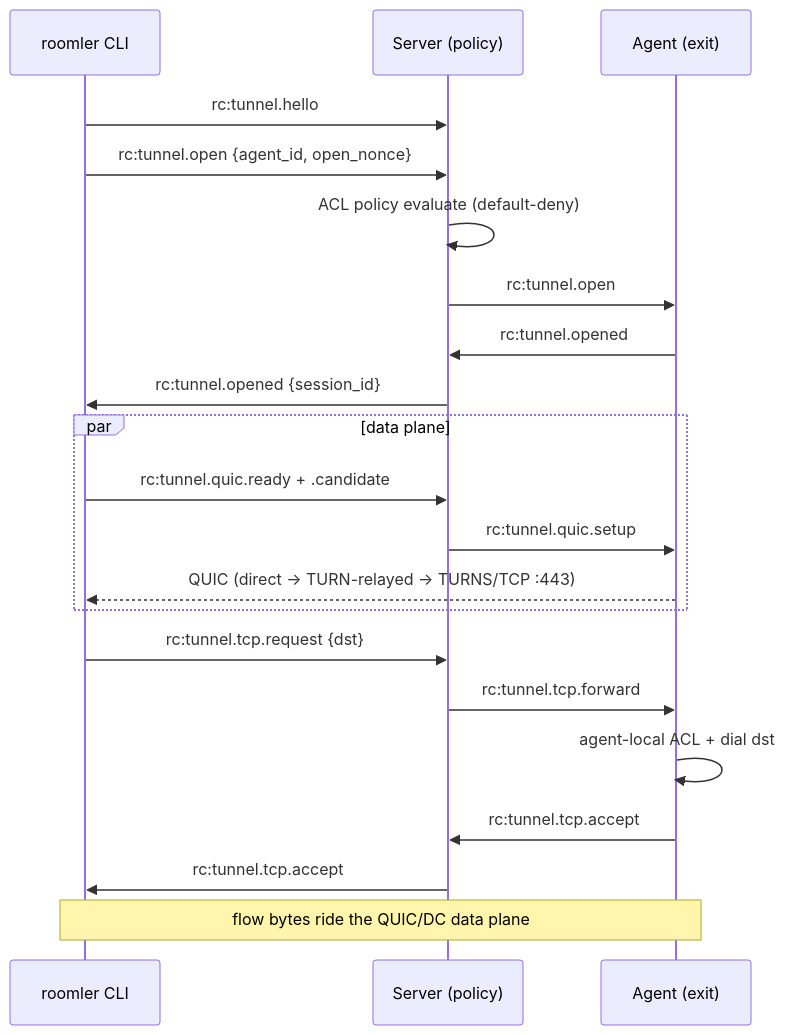
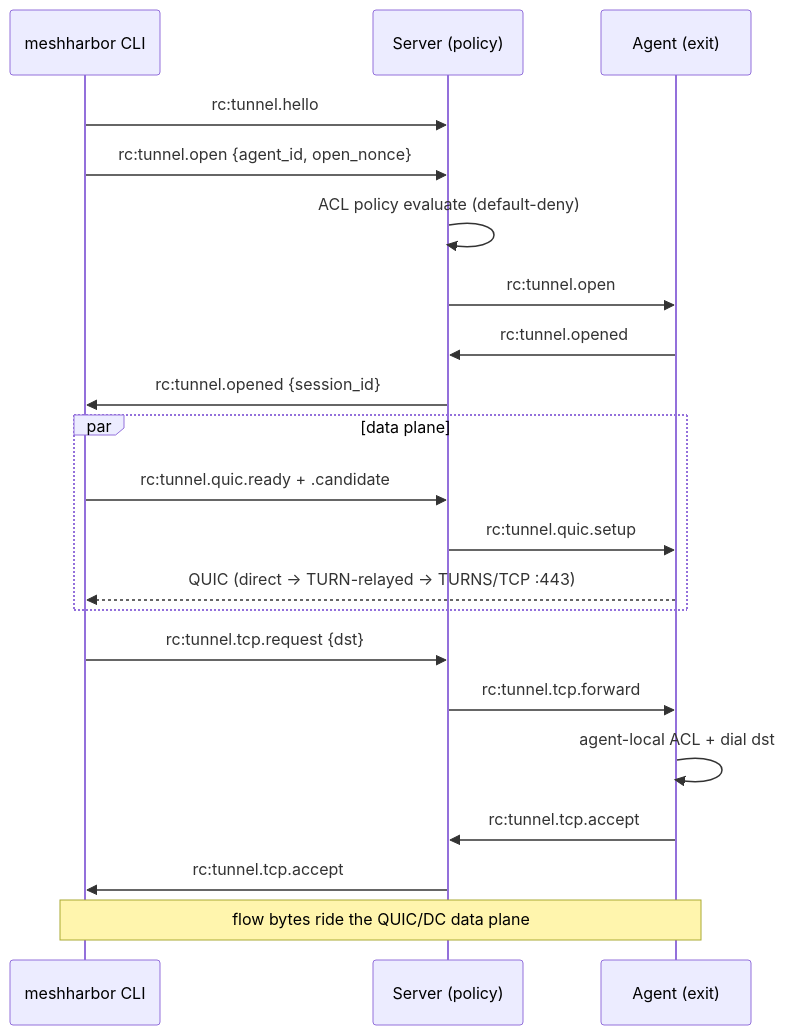
One commit to jk-zhang-meta/MeshHarbor changed the third of 4 diagrams in docs/real-time.md. Above: the diagram before and after it, drawn with Mermaid. The commit also changed other lines of this file and 682 other files, not shown here.

````diff
--- a/docs/real-time.md
+++ b/docs/real-time.md
@@ -142,24 +142,24 @@
 ```mermaid
 sequenceDiagram
-    participant T as roomler CLI
+    participant T as meshharbor CLI
     participant S as Server (policy)
     participant A as Agent (exit)
 
     T->>S: rc:tunnel.hello
     T->>S: rc:tunnel.open {agent_id, open_nonce}
     S->>S: ACL policy evaluate (default-deny)
     S->>A: rc:tunnel.open
     A->>S: rc:tunnel.opened
     S->>T: rc:tunnel.opened {session_id}
     par data plane
         T->>S: rc:tunnel.quic.ready + .candidate
         S->>A: rc:tunnel.quic.setup
         A-->>T: QUIC (direct → TURN-relayed → TURNS/TCP :443)
     end
     T->>S: rc:tunnel.tcp.request {dst}
     S->>A: rc:tunnel.tcp.forward
     A->>A: agent-local ACL + dial dst
     A->>S: rc:tunnel.tcp.accept
     S->>T: rc:tunnel.tcp.accept
     Note over T,A: flow bytes ride the QUIC/DC data plane
 ```
````
